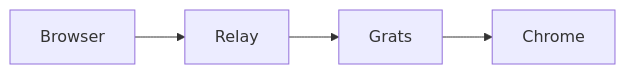
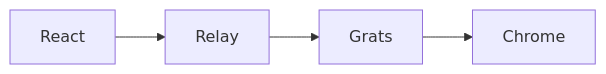
Before and after one commit to qsiandre/blog: the second of 2 diagrams in _posts/2024-01-28-devlog-grocery-planner-prototype.markdown, drawn with Mermaid. The commit also changed other lines of this file and 2 other files, not shown here.

```diff
--- a/_posts/2024-01-28-devlog-grocery-planner-prototype.markdown
+++ b/_posts/2024-01-28-devlog-grocery-planner-prototype.markdown
@@ -98,4 +115,4 @@
 <pre class="mermaid">
   graph LR
-  Browser --> Relay --> Grats --> Chrome
+  React --> Relay --> Grats --> Chrome
 </pre>
```
